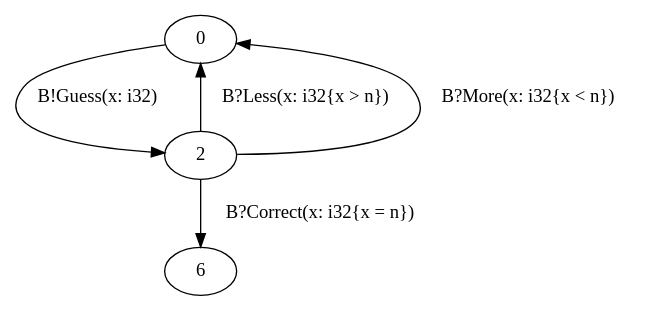
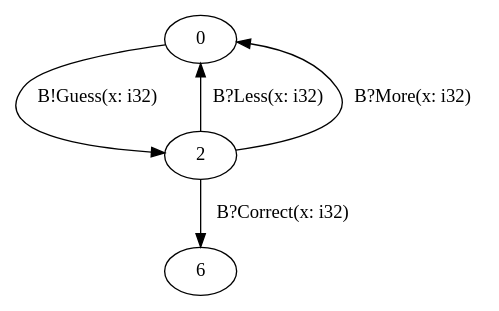
One commit to qixi5703/rumpsteak changed the diagram in examples/Running examples/plus_or_minus/C_expected.dot. Above: the diagram before and after it, drawn with Graphviz. The commit also changed other lines of this file and 4 other files, not shown here.

```diff
--- a/examples/Running examples/plus_or_minus/C_expected.dot
+++ b/examples/Running examples/plus_or_minus/C_expected.dot
@@ -1,12 +1,12 @@
 digraph C {
   0;
   2;
   6;
   
   
   0 -> 2 [label="B!Guess(x: i32)", ];
-  2 -> 0 [label="B?Less(x: i32{x > n})", ];
-  2 -> 0 [label="B?More(x: i32{x < n})", ];
-  2 -> 6 [label="B?Correct(x: i32{x = n})", ];
+  2 -> 0 [label="B?Less(x: i32)", ];
+  2 -> 0 [label="B?More(x: i32)", ];
+  2 -> 6 [label="B?Correct(x: i32)", ];
   
   }
```
